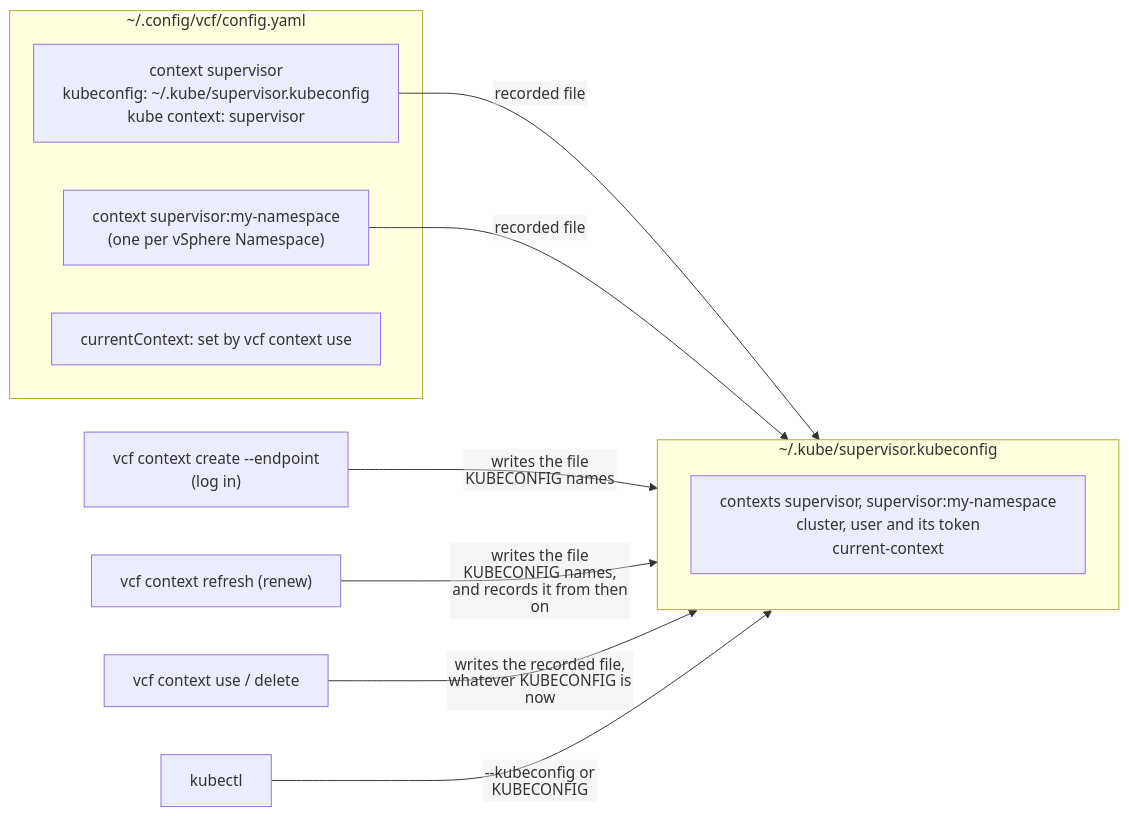
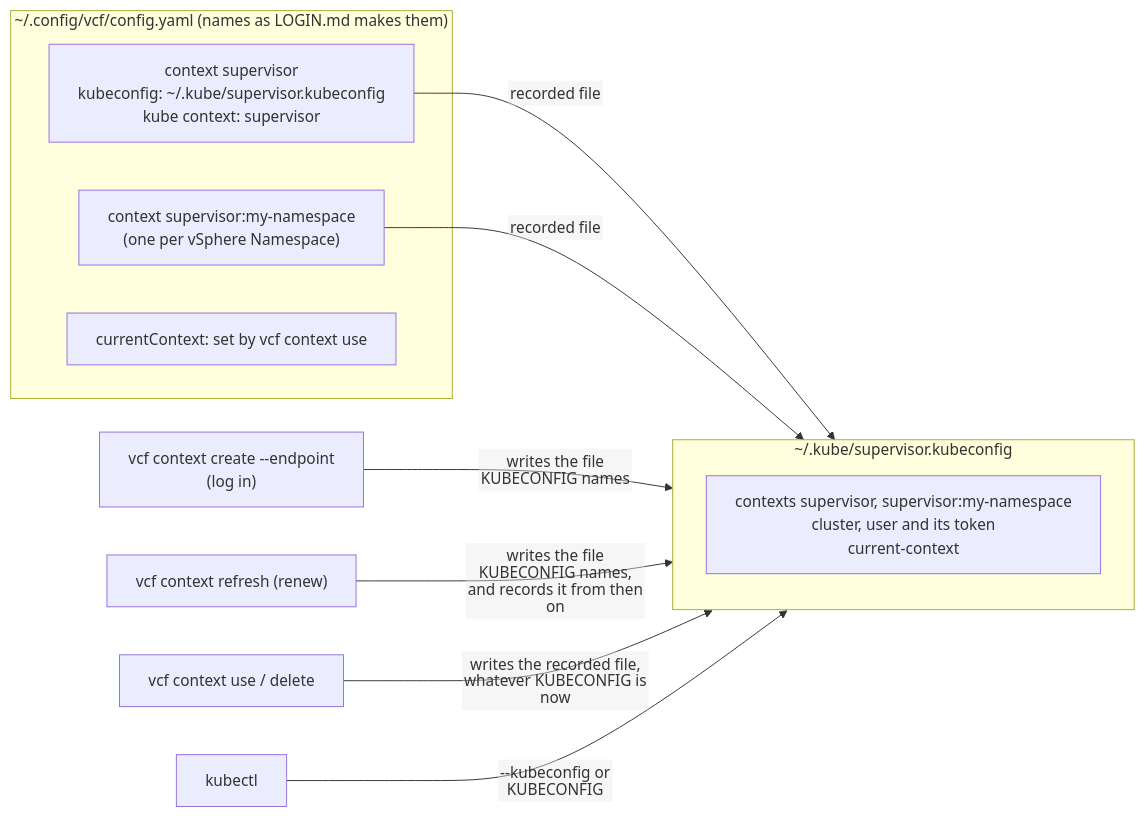
Before and after one commit to AndriyKalashnykov/vks-guides: the fourth of 4 diagrams in docs/VCF.md, drawn with Mermaid. The commit also changed other lines of this file, not shown here.

Commit message:
docs: VCF.md marks what is VKS and vcf behaviour and what is these guides' choice (separate files, file and context names)

````diff
--- a/docs/VCF.md
+++ b/docs/VCF.md
@@ -482,18 +486,18 @@
 ```mermaid
 %%{init: {"flowchart": {"htmlLabels": false, "wrappingWidth": 600}}}%%
 flowchart LR
-  subgraph CFG["~/.config/vcf/config.yaml"]
+  subgraph CFG["~/.config/vcf/config.yaml (names as LOGIN.md makes them)"]
     C1["context supervisor<br/>kubeconfig: ~/.kube/supervisor.kubeconfig<br/>kube context: supervisor"]
     C2["context supervisor:my-namespace<br/>(one per vSphere Namespace)"]
     CUR["currentContext: set by vcf context use"]
   end
   subgraph KC["~/.kube/supervisor.kubeconfig"]
     K["contexts supervisor, supervisor:my-namespace<br/>cluster, user and its token<br/>current-context"]
   end
   C1 -- recorded file --> KC
   C2 -- recorded file --> KC
   L["vcf context create --endpoint<br/>(log in)"] -- "writes the file KUBECONFIG names" --> KC
   R["vcf context refresh (renew)"] -- "writes the file KUBECONFIG names,<br/>and records it from then on" --> KC
   V["vcf context use / delete"] -- "writes the recorded file,<br/>whatever KUBECONFIG is now" --> KC
   KUBECTL["kubectl"] -- "--kubeconfig or KUBECONFIG" --> KC
 ```
````
